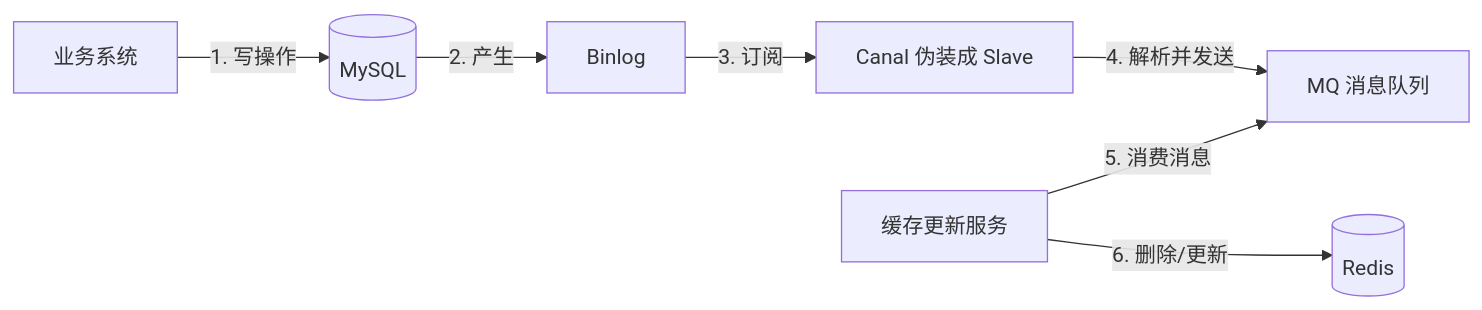
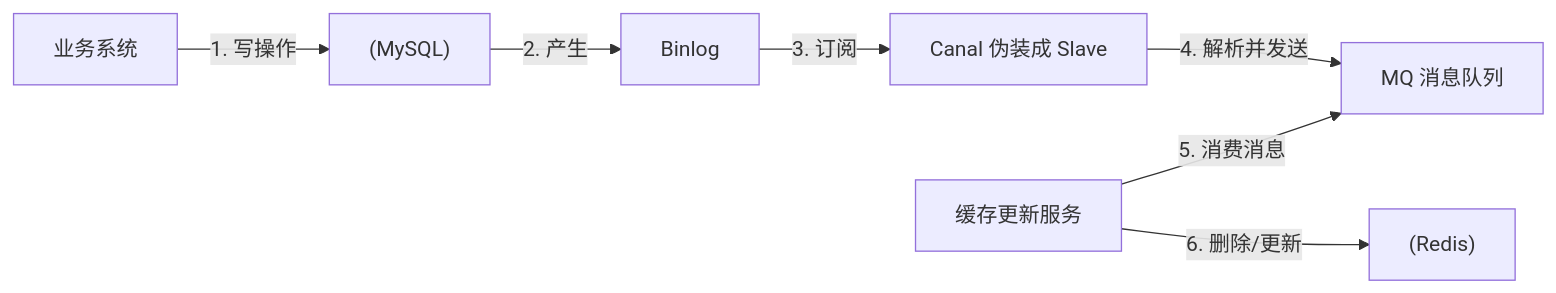
The second of 2 diagrams in docs/cache/redis/2-consistency-eviction.md (Aiden-Coding/AiDocs), drawn with Mermaid before and after one commit. The commit also changed 97 other files, not shown here.

````diff
--- a/docs/cache/redis/2-consistency-eviction.md
+++ b/docs/cache/redis/2-consistency-eviction.md
@@ -141,9 +141,9 @@
 ```mermaid
 graph LR
-    A[业务系统] -->|1. 写操作| B[(MySQL)]
+    A[业务系统] -->|1. 写操作| B["(MySQL)"]
     B -->|2. 产生| C[Binlog]
     C -->|3. 订阅| D[Canal 伪装成 Slave]
     D -->|4. 解析并发送| E[MQ 消息队列]
     F[缓存更新服务] -->|5. 消费消息| E
-    F -->|6. 删除/更新| G[(Redis)]
+    F -->|"6. 删除/更新"| G["(Redis)"]
 ```
````
